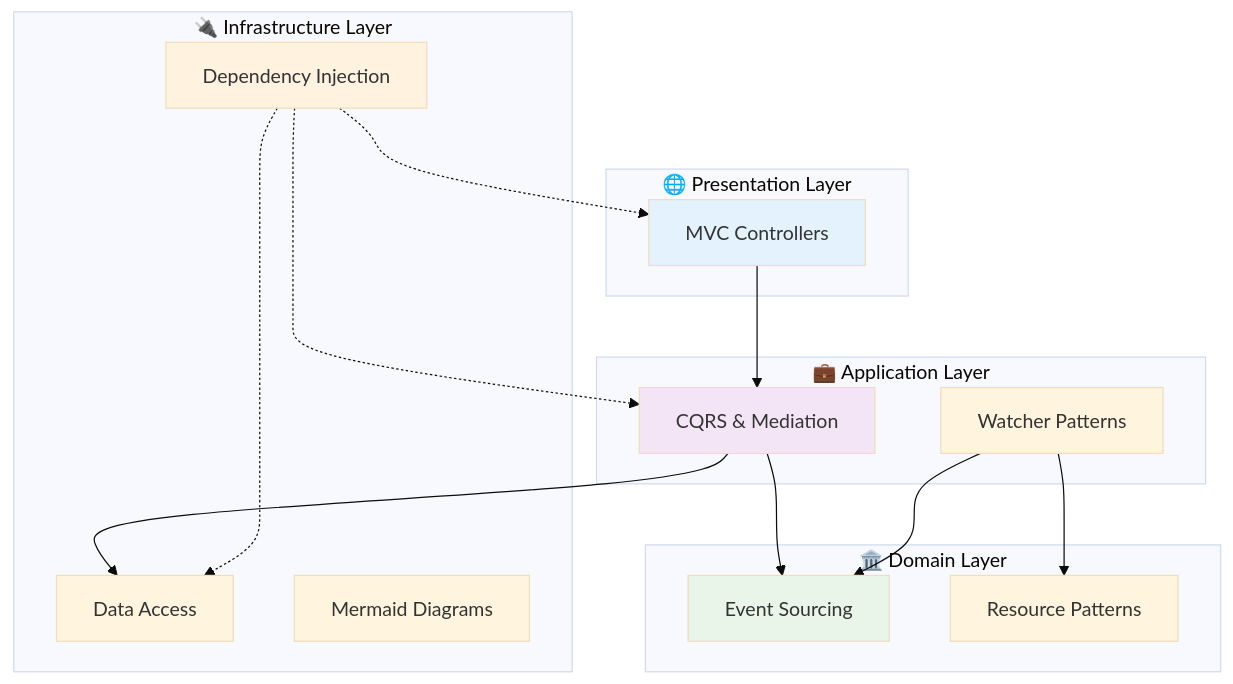
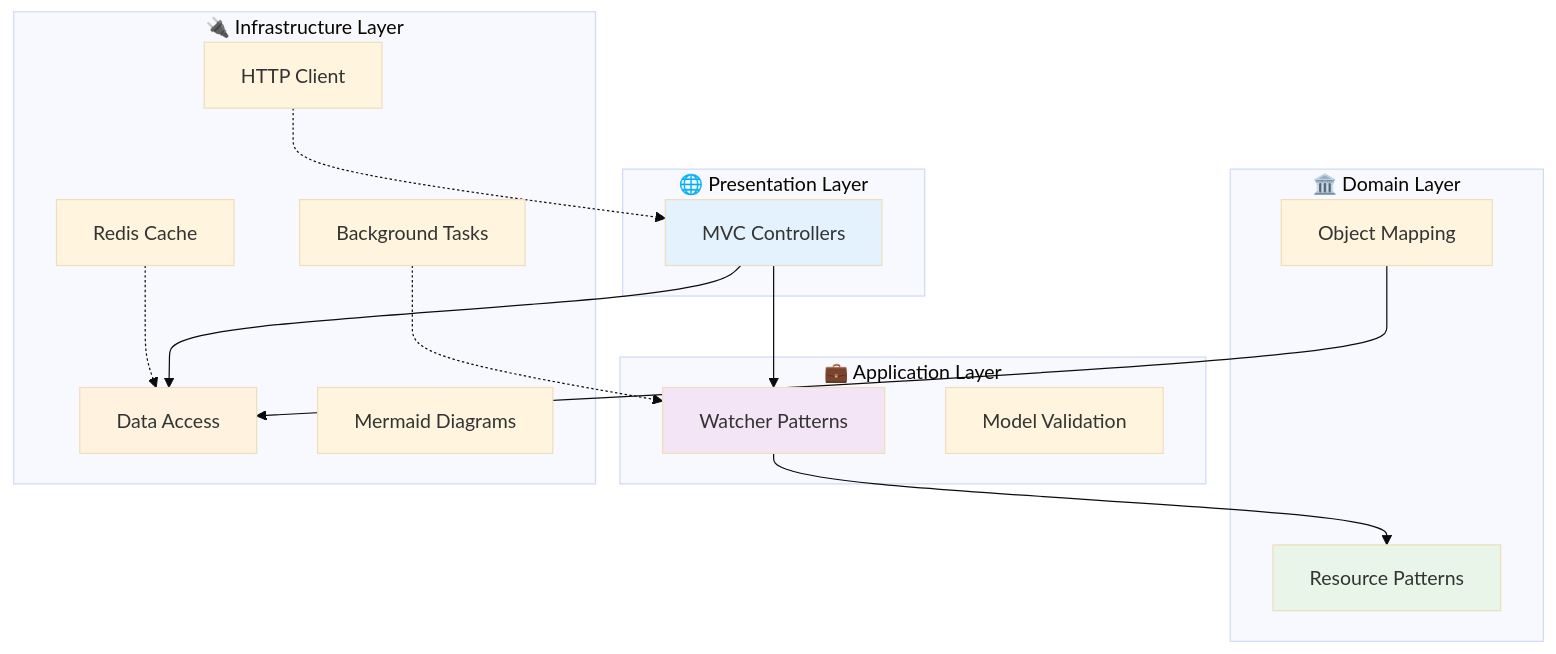
Before and after one commit to bvandewe/pyneuro: the diagram in docs/features/index.md, drawn with Mermaid (base theme). The commit also changed other lines of this file and 53 other files, not shown here.

````diff
--- a/docs/features/index.md
+++ b/docs/features/index.md
@@ -197,37 +155,38 @@
 ```mermaid
 graph TB
     subgraph "🌐 Presentation Layer"
         MVC[MVC Controllers]
     end
 
     subgraph "💼 Application Layer"
-        CQRS[CQRS & Mediation]
         Watcher[Watcher Patterns]
+        Validation[Model Validation]
     end
 
     subgraph "🏛️ Domain Layer"
-        Events[Event Sourcing]
         Resources[Resource Patterns]
+        Mapping[Object Mapping]
     end
 
     subgraph "🔌 Infrastructure Layer"
-        DI[Dependency Injection]
         Data[Data Access]
         Diagrams[Mermaid Diagrams]
+        Redis[Redis Cache]
+        HTTP[HTTP Client]
+        Background[Background Tasks]
     end
 
-    MVC --> CQRS
-    CQRS --> Events
-    CQRS --> Data
-    Watcher --> Events
+    MVC --> Watcher
+    MVC --> Data
     Watcher --> Resources
+    Mapping --> Data
 
-    DI -.-> MVC
-    DI -.-> CQRS
-    DI -.-> Data
+    Redis -.-> Data
+    HTTP -.-> MVC
+    Background -.-> Watcher
 
     style MVC fill:#e3f2fd
-    style CQRS fill:#f3e5f5
-    style Events fill:#e8f5e8
-    style DI fill:#fff3e0
+    style Watcher fill:#f3e5f5
+    style Resources fill:#e8f5e8
+    style Data fill:#fff3e0
 ```
````
